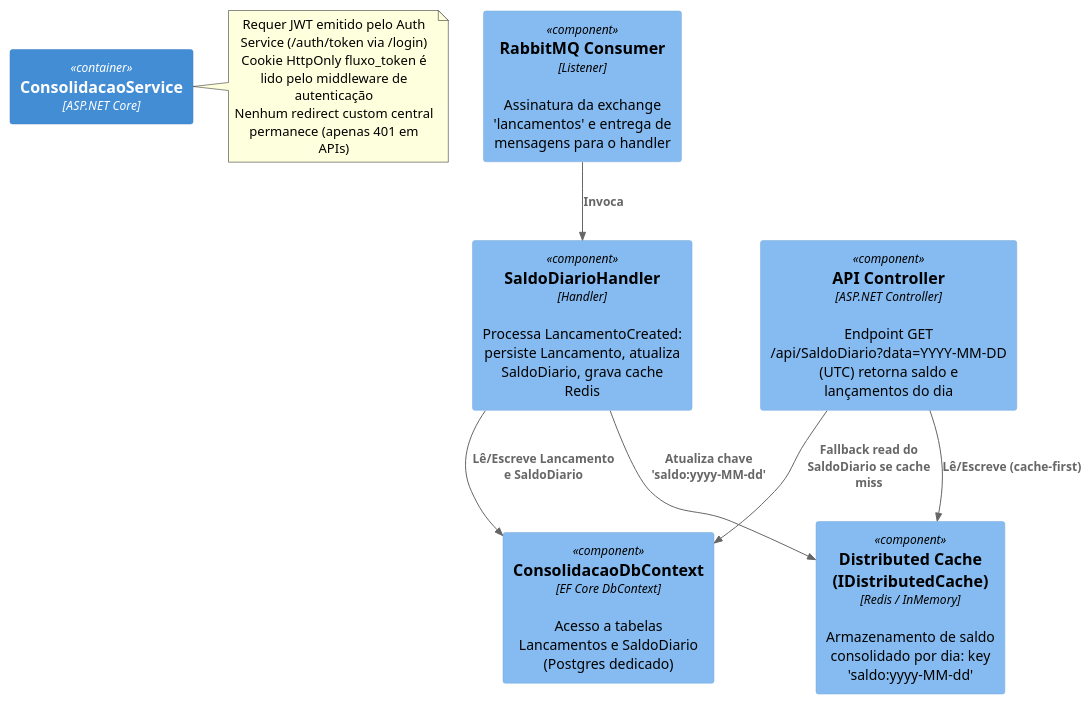
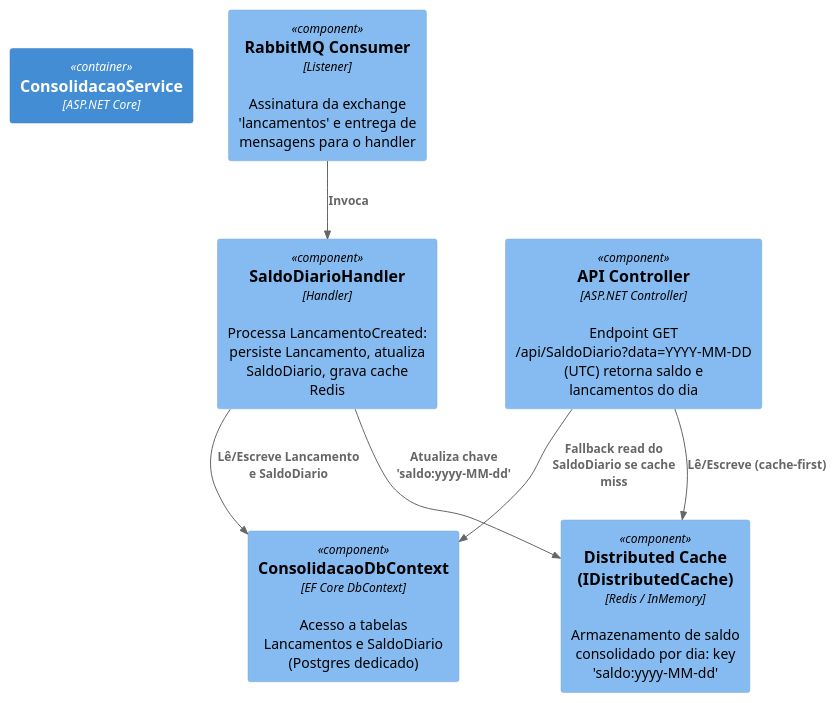
The diagram in docs/architecture/C4-Component.puml (rjdebona/desafiotecnico), drawn with PlantUML before and after one commit.

```diff
--- a/docs/architecture/C4-Component.puml
+++ b/docs/architecture/C4-Component.puml
@@ -1,25 +1,20 @@
 @startuml C4-Component-Consolidacao
 ' C4-PlantUML Component diagram for ConsolidacaoService
 !includeurl https://raw.githubusercontent.com/plantuml-stdlib/C4-PlantUML/master/C4_Component.puml
 
 Container(consol, "ConsolidacaoService", "ASP.NET Core")
 
 Component(consumer, "RabbitMQ Consumer", "Listener", "Assinatura da exchange 'lancamentos' e entrega de mensagens para o handler")
 Component(handler, "SaldoDiarioHandler", "Handler", "Processa LancamentoCreated: persiste Lancamento, atualiza SaldoDiario, grava cache Redis")
 Component(db, "ConsolidacaoDbContext", "EF Core DbContext", "Acesso a tabelas Lancamentos e SaldoDiario (Postgres dedicado)")
 Component(cache, "Distributed Cache (IDistributedCache)", "Redis / InMemory", "Armazenamento de saldo consolidado por dia: key 'saldo:yyyy-MM-dd'")
-Component(api, "API Controller", "ASP.NET Controller", "Endpoint GET /api/SaldoDiario?data=YYYY-MM-DD (UTC) retorna saldo e lançamentos do dia")
+Component(api, "API Controller", "ASP.NET Controller", "Endpoint GET /api/SaldoDiario?data=YYYY-MM-DD (UTC) retorna saldo e lancamentos do dia")
 
 Rel(consumer, handler, "Invoca")
 Rel(handler, db, "Lê/Escreve Lancamento e SaldoDiario")
 Rel(handler, cache, "Atualiza chave 'saldo:yyyy-MM-dd'")
 Rel(api, cache, "Lê/Escreve (cache-first)")
 Rel(api, db, "Fallback read do SaldoDiario se cache miss")
 
-Note right of consol
-	Requer JWT emitido pelo Auth Service (/auth/token via /login)
-	Cookie HttpOnly fluxo_token é lido pelo middleware de autenticação
-	Nenhum redirect custom central permanece (apenas 401 em APIs)
-end note
 
 @enduml
```
